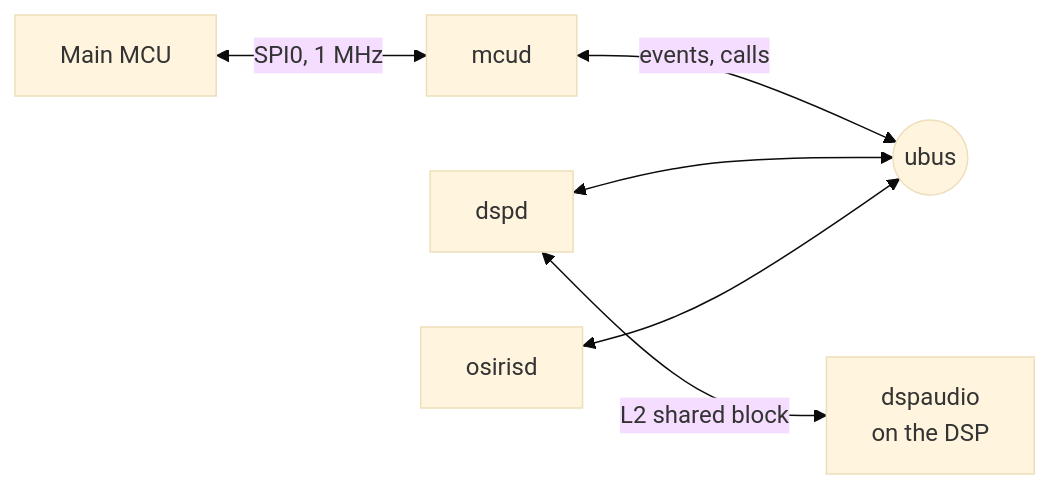
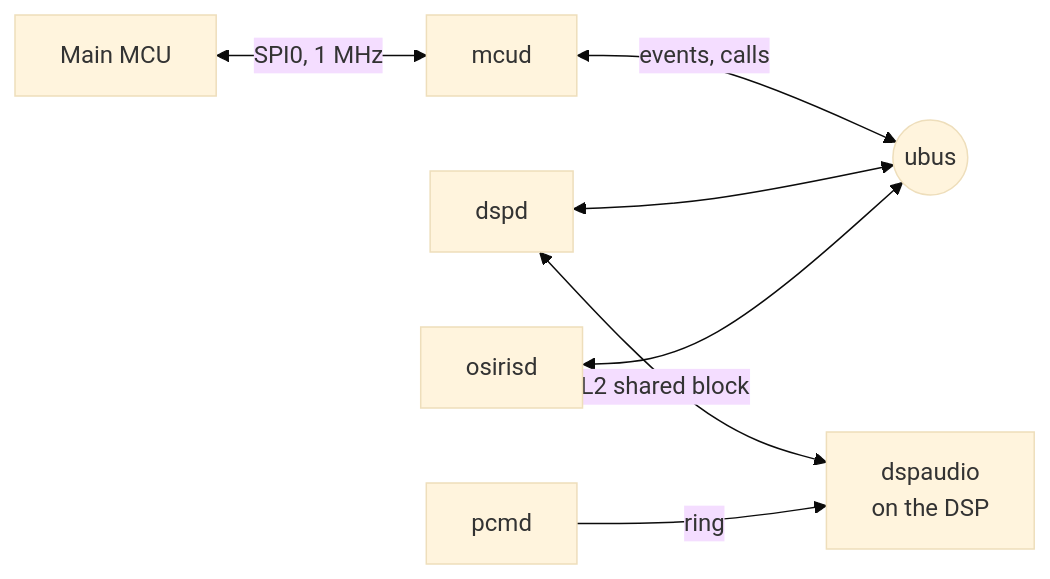
The fourth of 5 diagrams in docs/architecture.md (ubis/OSIRIS), drawn with Mermaid (base theme) before and after one commit. The commit also changed other lines of this file and 6 other files, not shown here.

````diff
--- a/docs/architecture.md
+++ b/docs/architecture.md
@@ -122,8 +122,9 @@
 ```mermaid
 flowchart LR
     MCU[Main MCU] <-->|SPI0, 1 MHz| mcud
     mcud <-->|events, calls| ubus((ubus))
     dspd <--> ubus
     osirisd <--> ubus
     dspd <-->|L2 shared block| dspaudio[dspaudio<br/>on the DSP]
+    pcmd -->|ring| dspaudio
 ```
````
